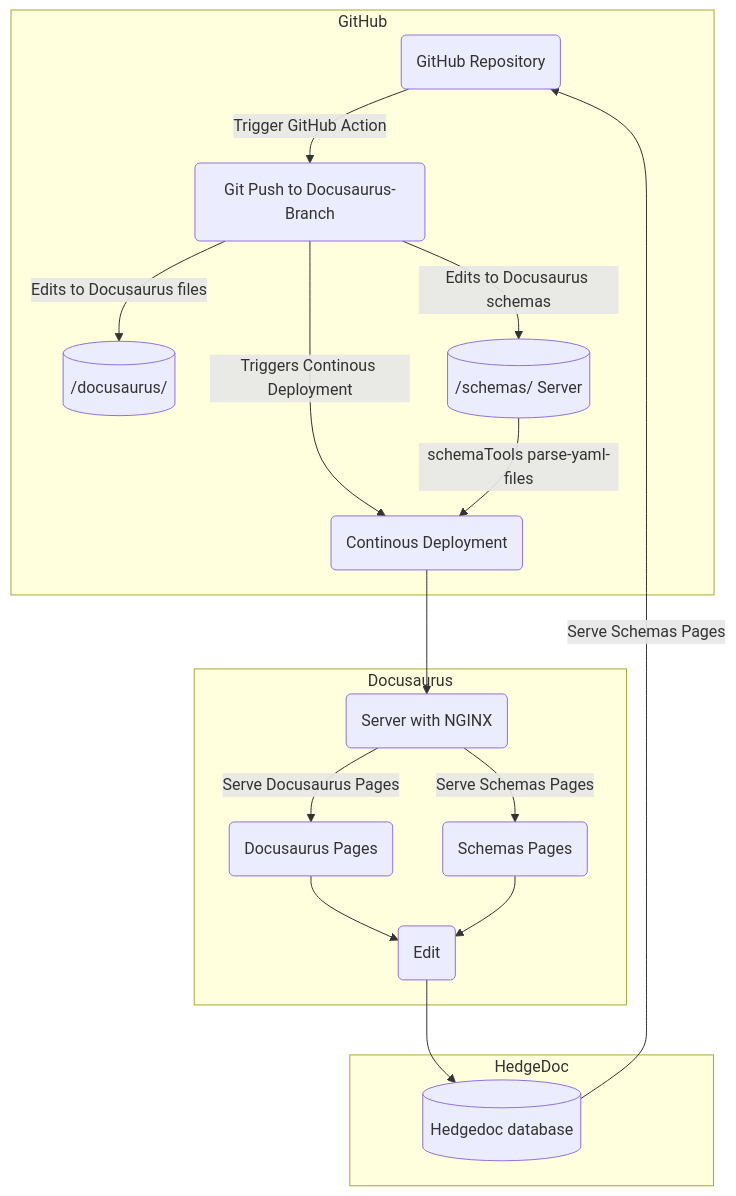
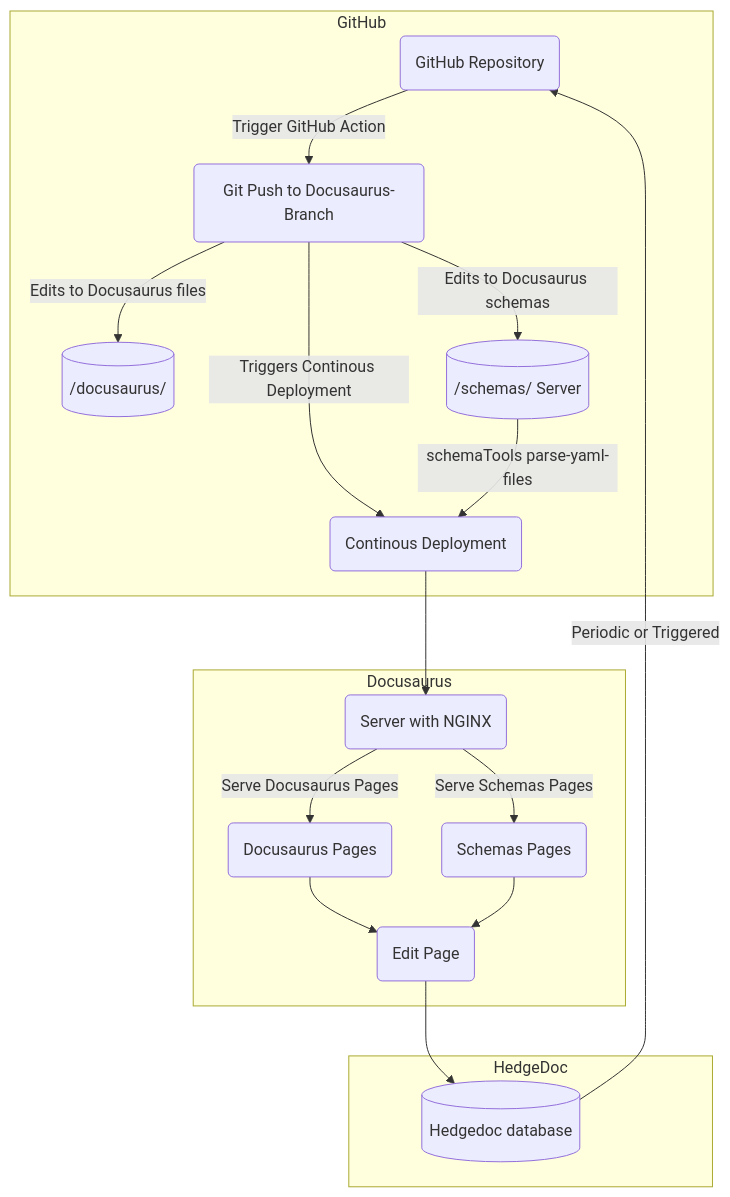
Before and after one commit to nqminds/SBOM-GAP: the diagram in README.md, drawn with Mermaid. The commit also changed other lines of this file, not shown here.

Commit message:
[2024-01-11 10:26:18] Anthony McCaigue: documentation-toolchain

````diff
--- a/README.md
+++ b/README.md
@@ -6,41 +6,41 @@
 ```mermaid
-graph TD;
+graph
 
 %% GitHub
 subgraph GitHub
   ghRepo(GitHub Repository)
   ghAction1(Git Push to Docusaurus-Branch)
   ghAction2(Continous Deployment)
   docusaurusServer[(/docusaurus/)]
   schemasServer[(/schemas/ Server)]
 end
 
 %% Server Hosting Pages using NGINX
 subgraph Docusaurus
   nginxServer(Server with NGINX)
   nginxDocusaurus(Docusaurus Pages)
   nginxSchemas(Schemas Pages)
-  editPage(Edit)
+  editPage(Edit Page)
 end
 
 subgraph HedgeDoc
     hedgedocPages[(Hedgedoc database)]
 end
 
 %% Arrows and Actions
 ghRepo -->|Trigger GitHub Action| ghAction1
 ghAction1 -->|Edits to Docusaurus files| docusaurusServer
 ghAction1 -->|Edits to Docusaurus schemas| schemasServer
 ghAction1 -->|Triggers Continous Deployment| ghAction2
 schemasServer -->|schemaTools parse-yaml-files| ghAction2
 
 ghAction2 --> nginxServer
 nginxServer -->|Serve Docusaurus Pages| nginxDocusaurus
 nginxServer -->|Serve Schemas Pages| nginxSchemas
 
 nginxDocusaurus --> editPage
 nginxSchemas --> editPage
 
-editPage --> hedgedocPages -->|Serve Schemas Pages| ghRepo
+editPage --> hedgedocPages -->|Periodic or Triggered| ghRepo
 
 ```
````
